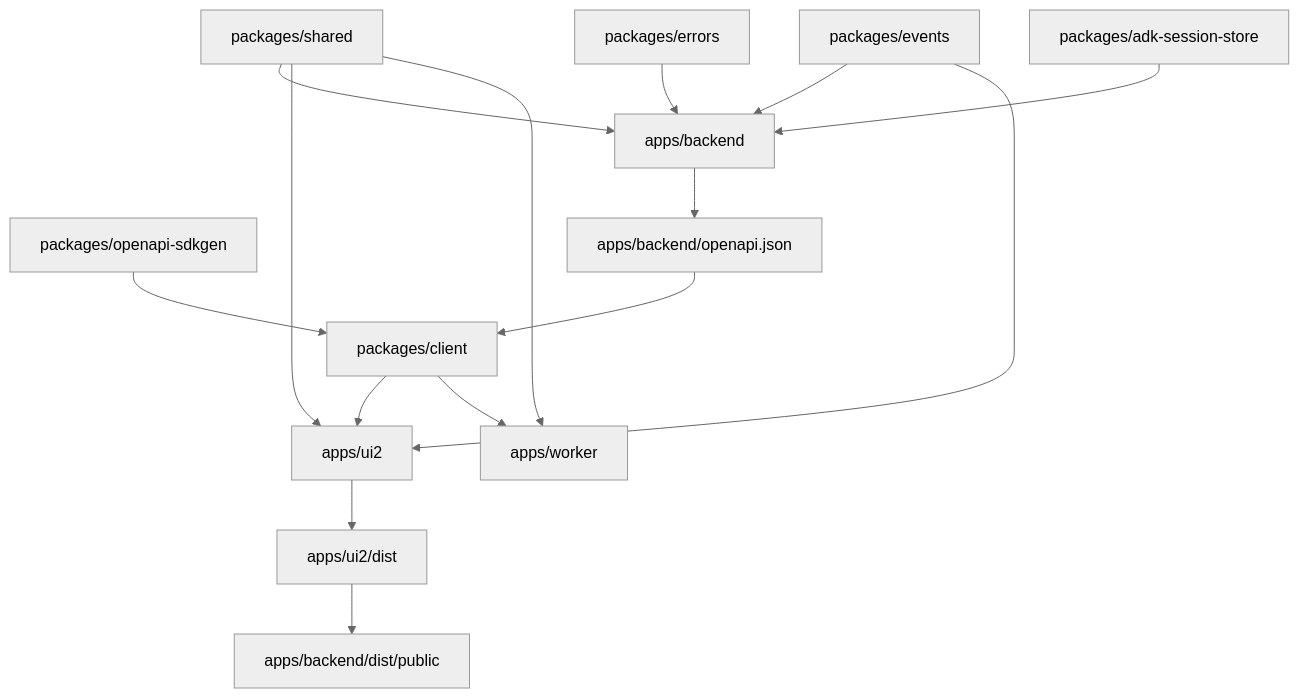
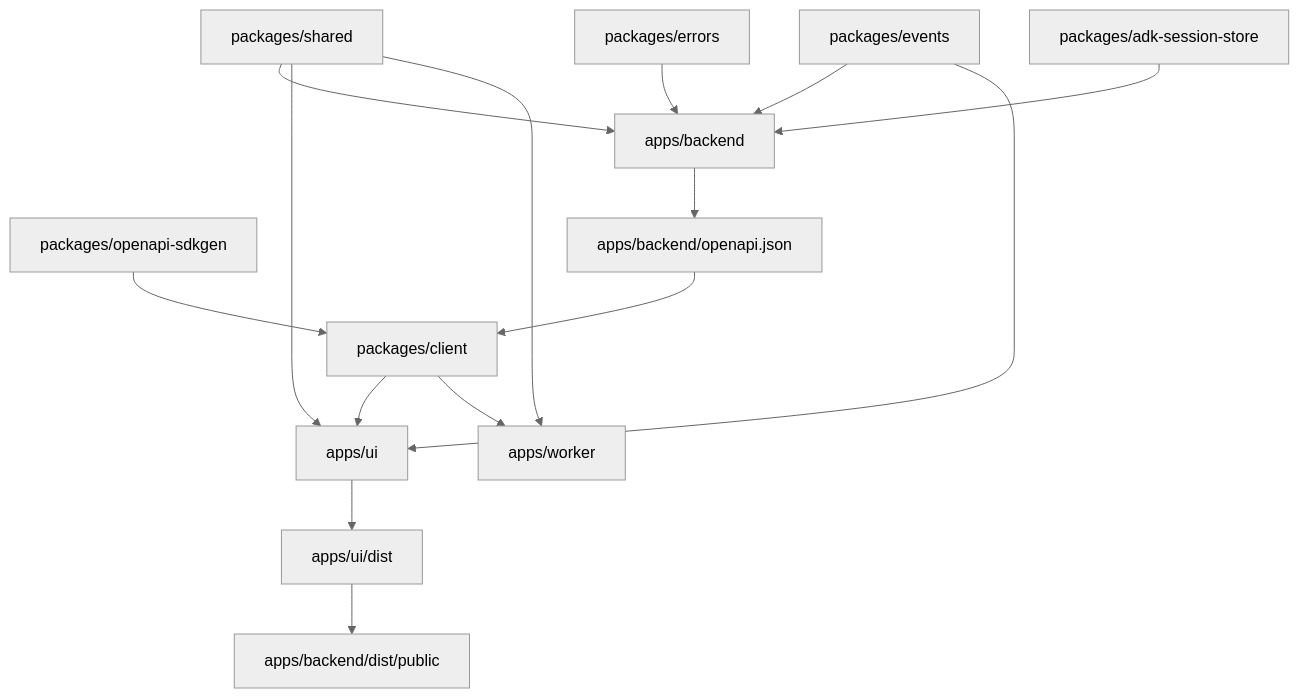
The diagram in dependencies.md (taico-app/taico-codex), drawn with Mermaid (neutral theme) before and after one commit. The commit also changed other lines of this file and 567 other files, not shown here.

````diff
--- a/dependencies.md
+++ b/dependencies.md
@@ -102,35 +102,35 @@
 ```mermaid
 flowchart TD
   shared["packages/shared"]
   events["packages/events"]
   errors["packages/errors"]
   adk["packages/adk-session-store"]
   sdkgen["packages/openapi-sdkgen"]
 
   backend["apps/backend"]
   backendSpec["apps/backend/openapi.json"]
   client["packages/client"]
-  ui2["apps/ui2"]
-  ui2Dist["apps/ui2/dist"]
+  ui["apps/ui"]
+  uiDist["apps/ui/dist"]
   backendPublic["apps/backend/dist/public"]
   worker["apps/worker"]
 
   shared --> backend
   events --> backend
   errors --> backend
   adk --> backend
 
   backend --> backendSpec
   backendSpec --> client
   sdkgen --> client
 
-  client --> ui2
-  shared --> ui2
-  events --> ui2
+  client --> ui
+  shared --> ui
+  events --> ui
 
   client --> worker
   shared --> worker
 
-  ui2 --> ui2Dist
-  ui2Dist --> backendPublic
+  ui --> uiDist
+  uiDist --> backendPublic
 ```
````
